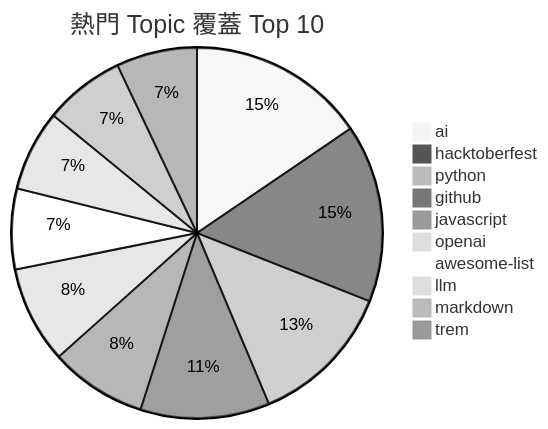
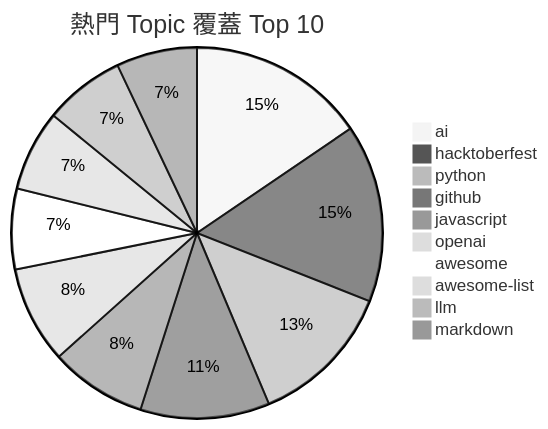
One commit to Andy87877/GitHub-Star-Manager changed the first of 2 diagrams in README.md. Above: the diagram before and after it, drawn with Mermaid (neutral theme). The commit also changed other lines of this file and 3 other files, not shown here.

````diff
--- a/README.md
+++ b/README.md
@@ -11,13 +11,13 @@
 ```mermaid
 pie title 熱門 Topic 覆蓋 Top 10
     "ai" : 11
     "hacktoberfest" : 11
     "python" : 9
     "github" : 8
     "javascript" : 6
     "openai" : 6
+    "awesome" : 5
     "awesome-list" : 5
     "llm" : 5
     "markdown" : 5
-    "trem" : 5
 ```
````
